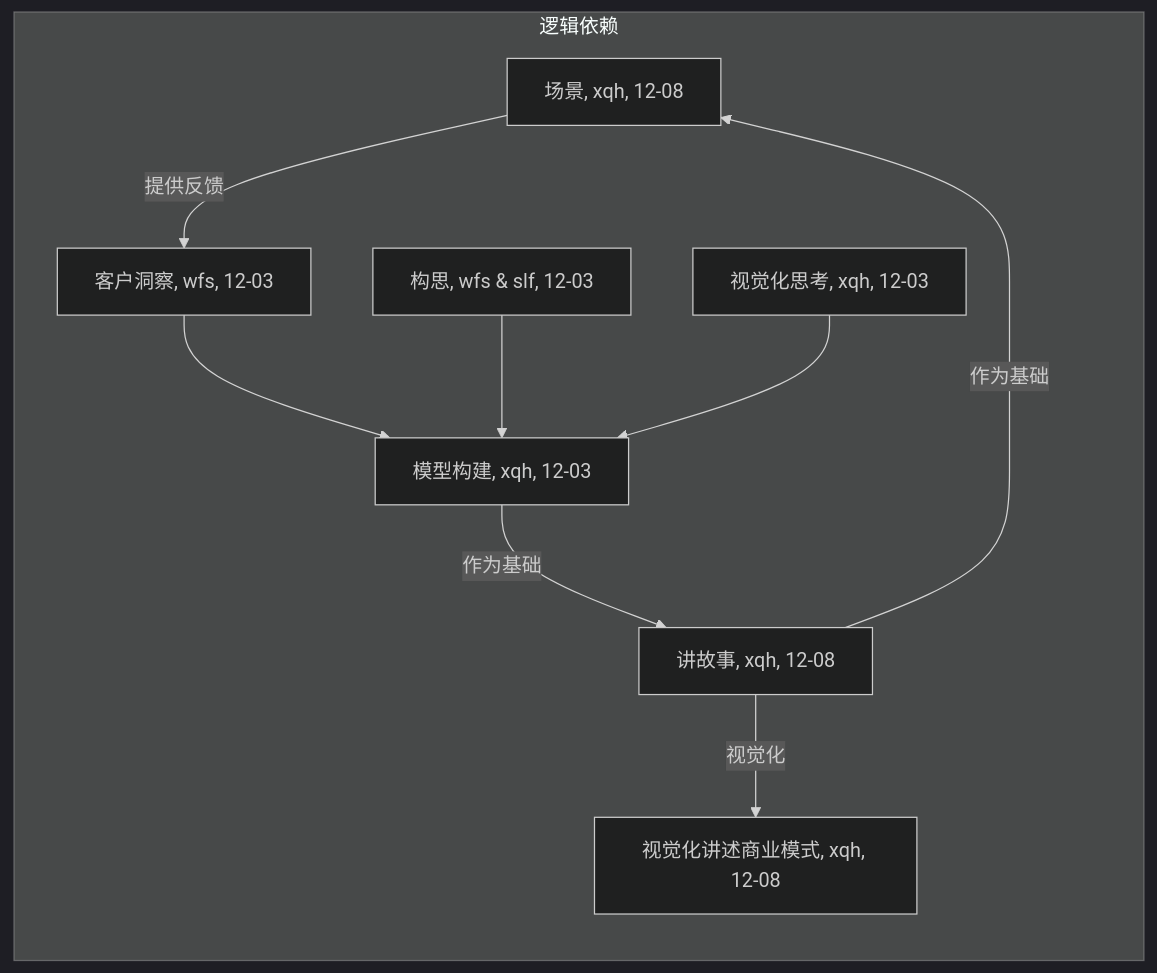
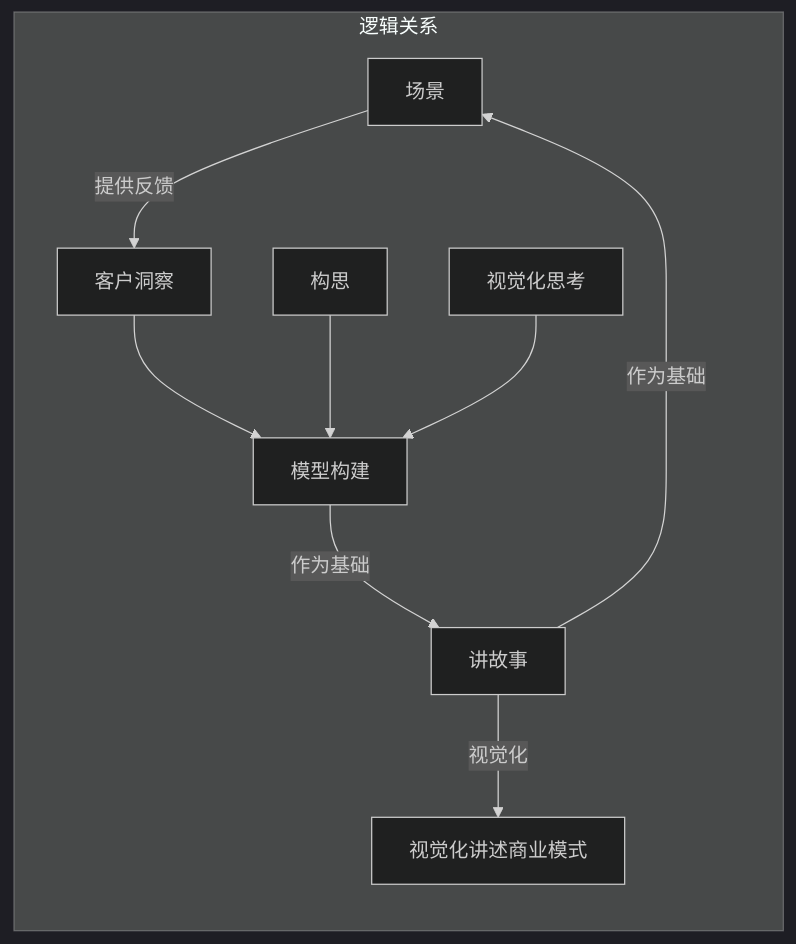
Before and after one commit to NJU-SE-Lab-Group/software-requirements-lab: the diagram in Lab3/Lab3-商业模式设计.md, drawn with Mermaid (dark theme). The commit also changed other lines of this file and 1 other file, not shown here.

````diff
--- a/Lab3/Lab3-商业模式设计.md
+++ b/Lab3/Lab3-商业模式设计.md
@@ -20,12 +26,12 @@
 ```mermaid
 graph LR;
-subgraph 逻辑依赖
+subgraph 逻辑关系
     scenarios -->|提供反馈| customerInsights
-    customerInsights[客户洞察, wfs, 12-03] --> protoTyping[模型构建, xqh, 12-03]
-    indeation[构思, wfs & slf, 12-03] --> protoTyping
-    visualThinking[视觉化思考, xqh, 12-03] --> protoTyping
-    protoTyping -->|作为基础| storyTelling[讲故事, xqh, 12-08]
-    storyTelling -->|视觉化| visualizeStory[视觉化讲述商业模式, xqh, 12-08]
-    storyTelling -->|作为基础| scenarios[场景, xqh, 12-08]
+    customerInsights[客户洞察] --> protoTyping[模型构建]
+    indeation[构思] --> protoTyping
+    visualThinking[视觉化思考] --> protoTyping
+    protoTyping -->|作为基础| storyTelling[讲故事]
+    storyTelling -->|视觉化| visualizeStory[视觉化讲述商业模式]
+    storyTelling -->|作为基础| scenarios[场景]
 end
 ```
````
